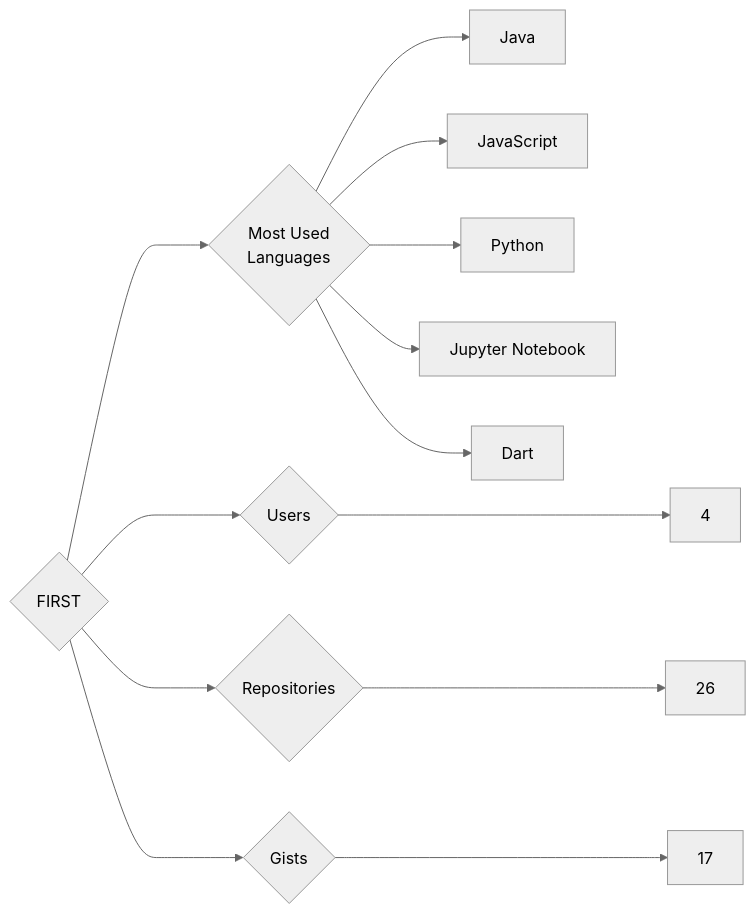
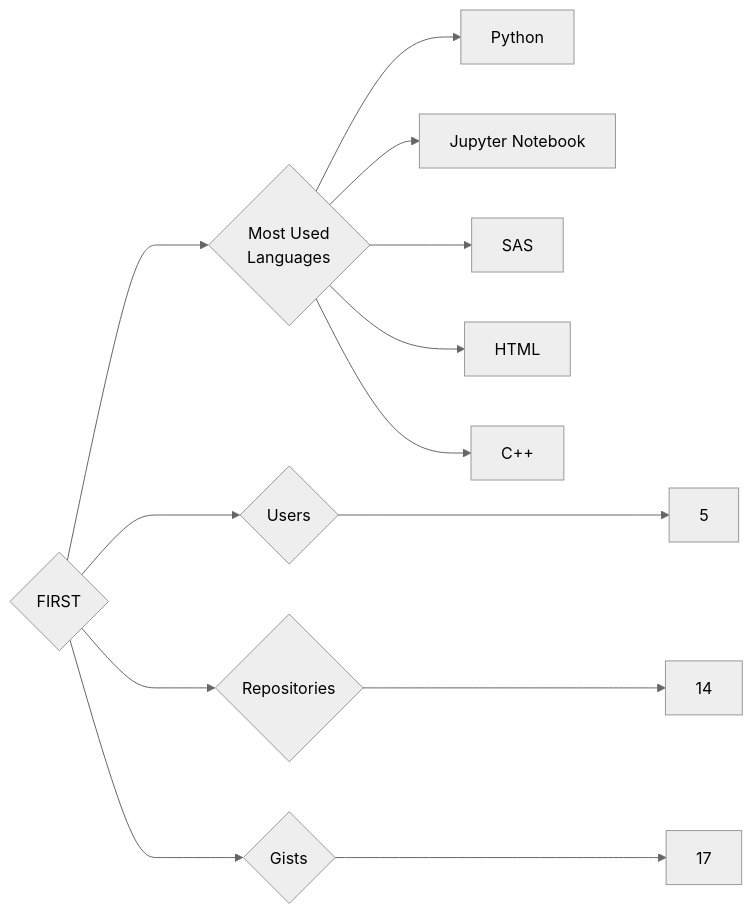
The diagram in targets/FIRST/README.md (trickest/insiders), drawn with Mermaid (neutral theme) before and after one commit. The commit also changed 1055 other files, not shown here.

````diff
--- a/targets/FIRST/README.md
+++ b/targets/FIRST/README.md
@@ -3,13 +3,13 @@
 ```mermaid
 graph LR
 COMPANY_NAME{FIRST}
-COMPANY_NAME ---> U{Users} ---> UN[4]
-COMPANY_NAME ---> R{Repositories} ---> RN[26]
+COMPANY_NAME ---> U{Users} ---> UN[5]
+COMPANY_NAME ---> R{Repositories} ---> RN[14]
 COMPANY_NAME ---> G{Gists} ---> GN[17]
 COMPANY_NAME ---> ML{Most Used<br>Languages}
-ML --> Java[Java]
-ML --> JavaScript[JavaScript]
 ML --> Python[Python]
 ML --> Jupyter_Notebook[Jupyter Notebook]
-ML --> Dart[Dart]
+ML --> SAS[SAS]
+ML --> HTML[HTML]
+ML --> C++[C++]
 ```
````
